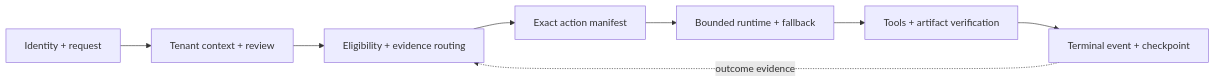
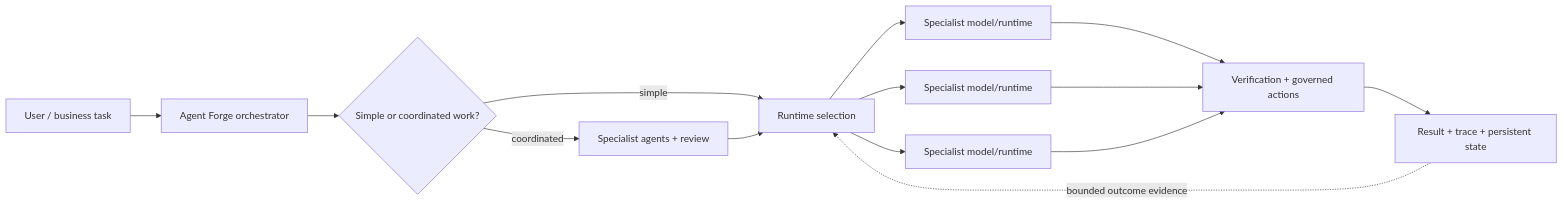
One commit to Prashant10009/agent-forge-showcase changed the diagram in README.md. Above: the diagram before and after it, drawn with Mermaid. The commit also changed other lines of this file and 3 other files, not shown here.

````diff
--- a/README.md
+++ b/README.md
@@ -57,10 +38,16 @@
 ```mermaid
 flowchart LR
-  A["Identity + request"] --> B["Tenant context + review"]
-  B --> C["Eligibility + evidence routing"]
-  C --> D["Exact action manifest"]
-  D --> E["Bounded runtime + fallback"]
-  E --> F["Tools + artifact verification"]
-  F --> G["Terminal event + checkpoint"]
-  G -. "outcome evidence" .-> C
+  U["User / business task"] --> O["Agent Forge orchestrator"]
+  O --> C{"Simple or coordinated work?"}
+  C -- "simple" --> R["Runtime selection"]
+  C -- "coordinated" --> A["Specialist agents + review"]
+  A --> R
+  R --> M1["Specialist model/runtime"]
+  R --> M2["Specialist model/runtime"]
+  R --> M3["Specialist model/runtime"]
+  M1 --> V["Verification + governed actions"]
+  M2 --> V
+  M3 --> V
+  V --> X["Result + trace + persistent state"]
+  X -. "bounded outcome evidence" .-> R
 ```
````
